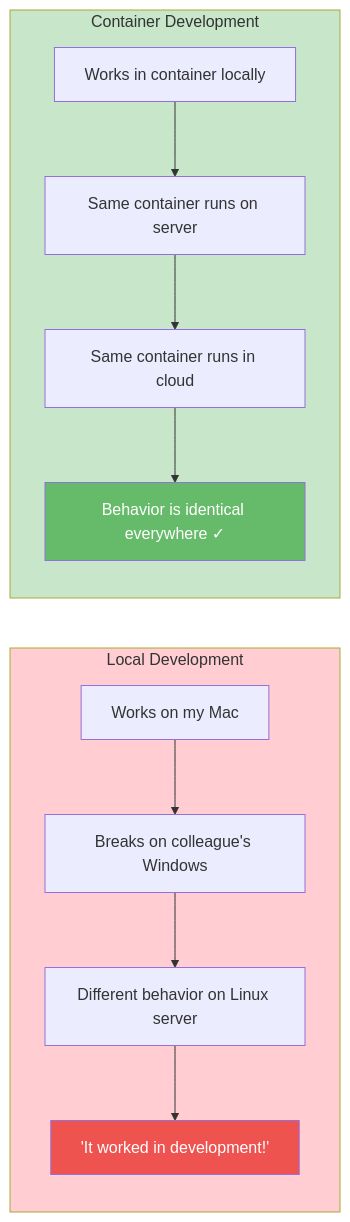
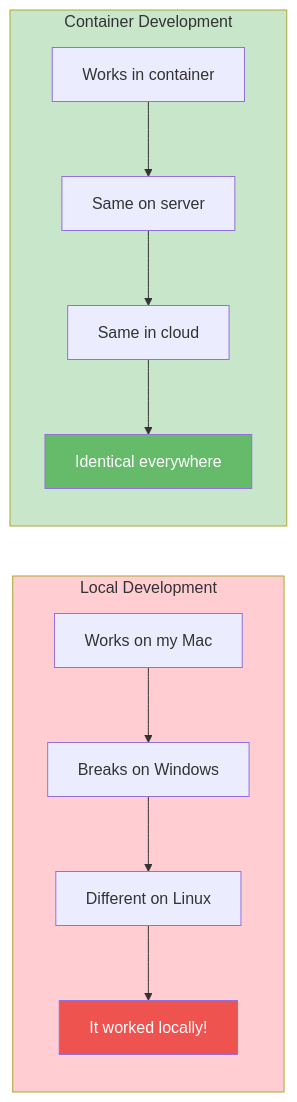
Before and after one commit to shawntz/datasci-homelab: the diagram in docs/benefits.md, drawn with Mermaid. The commit also changed other lines of this file and 6 other files, not shown here.

````diff
--- a/docs/benefits.md
+++ b/docs/benefits.md
@@ -115,21 +115,21 @@
 ```mermaid
 flowchart LR
     subgraph Local["Local Development"]
         direction TB
-        L1["Works on my Mac"] --> L2["Breaks on colleague's Windows"]
-        L2 --> L3["Different behavior on Linux server"]
-        L3 --> L4["'It worked in development!'"]
+        L1[Works on my Mac] --> L2[Breaks on Windows]
+        L2 --> L3[Different on Linux]
+        L3 --> L4[It worked locally!]
     end
 
     subgraph Container["Container Development"]
         direction TB
-        C1["Works in container locally"] --> C2["Same container runs on server"]
-        C2 --> C3["Same container runs in cloud"]
-        C3 --> C4["Behavior is identical everywhere ✓"]
+        C1[Works in container] --> C2[Same on server]
+        C2 --> C3[Same in cloud]
+        C3 --> C4[Identical everywhere]
     end
 
     style Local fill:#ffcdd2
     style Container fill:#c8e6c9
     style L4 fill:#ef5350,color:#fff
     style C4 fill:#66bb6a,color:#fff
 ```
````
